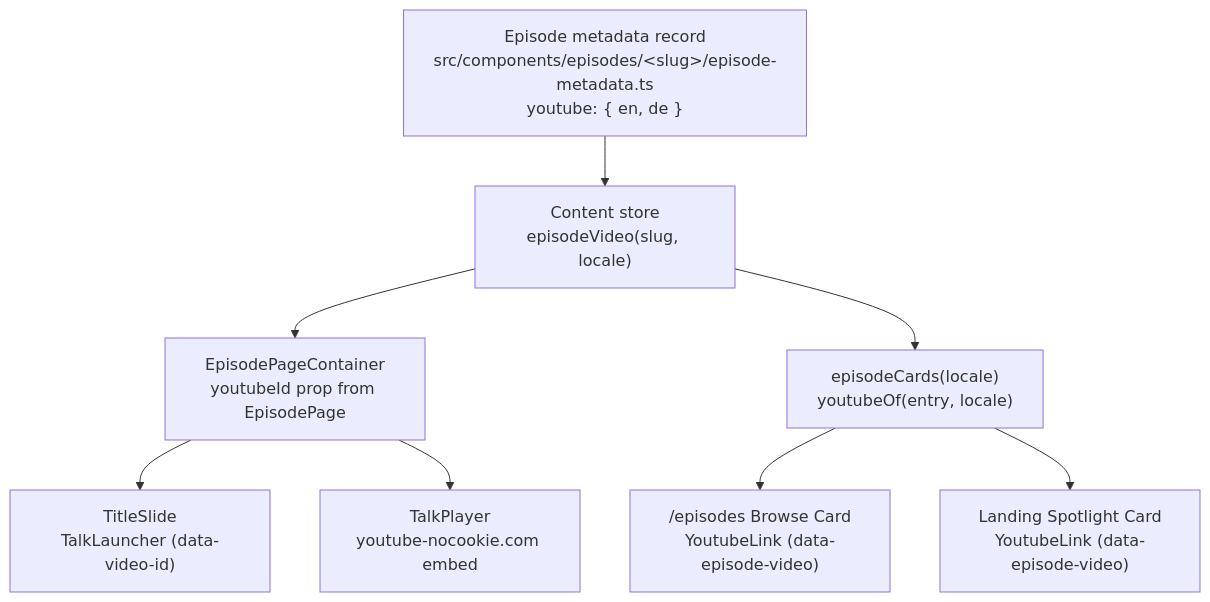
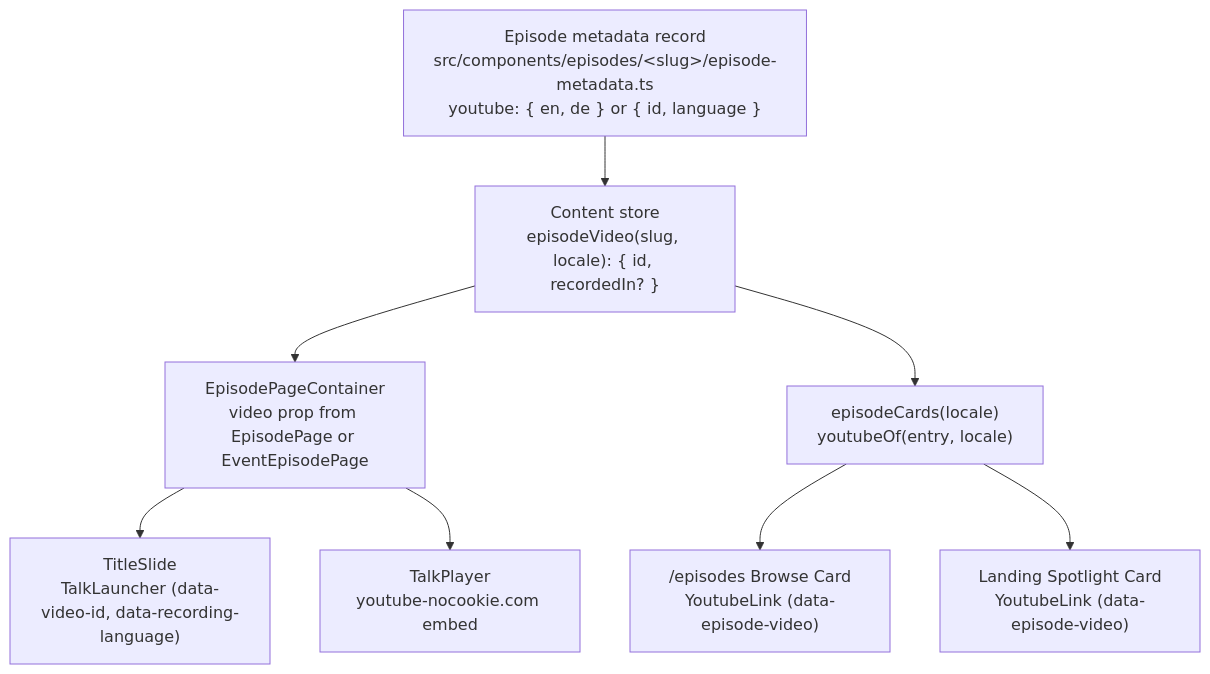
One commit to hancrafted/content-library changed the diagram in skills/episode-add-youtube/SKILL.md. Above: the diagram before and after it, drawn with Mermaid. The commit also changed other lines of this file and 15 other files, not shown here.

````diff
--- a/skills/episode-add-youtube/SKILL.md
+++ b/skills/episode-add-youtube/SKILL.md
@@ -75,11 +96,11 @@
 ```mermaid
 flowchart TD
-  R["Episode metadata record<br/>src/components/episodes/&lt;slug&gt;/episode-metadata.ts<br/>youtube: { en, de }"]
-  R --> S["Content store<br/>episodeVideo(slug, locale)"]
-  S --> C["EpisodePageContainer<br/>youtubeId prop from EpisodePage"]
+  R["Episode metadata record<br/>src/components/episodes/&lt;slug&gt;/episode-metadata.ts<br/>youtube: { en, de } or { id, language }"]
+  R --> S["Content store<br/>episodeVideo(slug, locale): { id, recordedIn? }"]
+  S --> C["EpisodePageContainer<br/>video prop from EpisodePage or EventEpisodePage"]
   S --> EC["episodeCards(locale)<br/>youtubeOf(entry, locale)"]
-  C --> TS["TitleSlide<br/>TalkLauncher (data-video-id)"]
+  C --> TS["TitleSlide<br/>TalkLauncher (data-video-id, data-recording-language)"]
   C --> TP["TalkPlayer<br/>youtube-nocookie.com embed"]
   EC --> EP["/episodes Browse Card<br/>YoutubeLink (data-episode-video)"]
   EC --> LP["Landing Spotlight Card<br/>YoutubeLink (data-episode-video)"]
 ```
````
